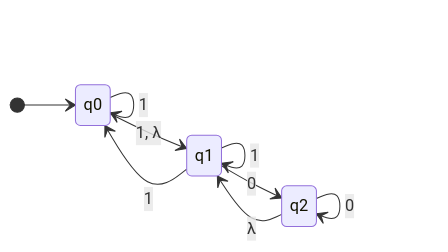
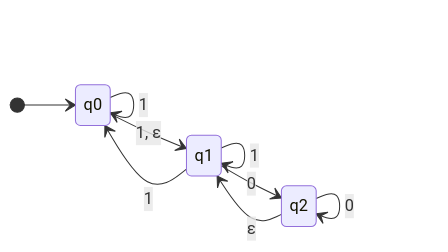
One commit to lelongc/rac changed the third of 12 diagrams in iuh/môn/hk1-4/automat/3-4/giai_bai_tap_nfa.md. Above: the diagram before and after it, drawn with Mermaid. The commit also changed other lines of this file and 7 other files, not shown here.

````diff
--- a/iuh/môn/hk1-4/automat/3-4/giai_bai_tap_nfa.md
+++ b/iuh/môn/hk1-4/automat/3-4/giai_bai_tap_nfa.md
@@ -259,12 +259,12 @@
 ```mermaid
 stateDiagram-v2
     direction LR
     [*] --> q0
     q0 --> q0: 1
-    q0 --> q1: 1, λ
+    q0 --> q1: 1, ε
     q1 --> q0: 1
     q1 --> q1: 1
     q1 --> q2: 0
     q2 --> q2: 0
-    q2 --> q1: λ
+    q2 --> q1: ε
 ```
````
